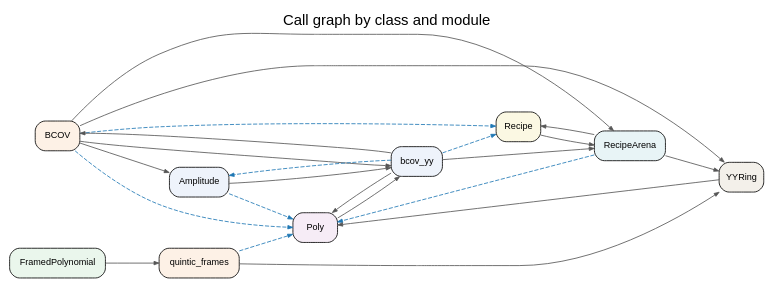
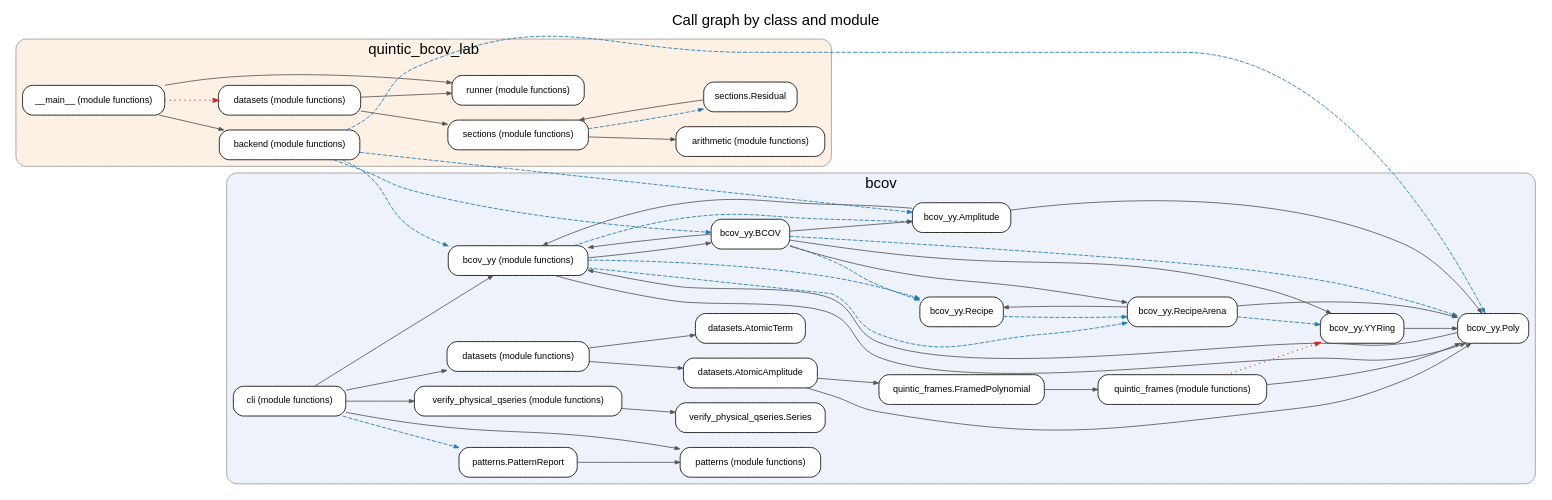
Before and after one commit to shaileshlal/bcovSymbolic: the diagram in docs/callgraph/overview.dot, drawn with Graphviz. The commit also changed 18 other files, not shown here.

First line of the commit message:
Add ARCHITECTURE.md with regenerated Graphviz call graphs

```diff
--- a/docs/callgraph/overview.dot
+++ b/docs/callgraph/overview.dot
@@ -1,36 +1,78 @@
 digraph "Call graph by class and module" {
   graph [rankdir=LR, newrank=true, nodesep=0.25, ranksep=0.9, fontname="Helvetica", label="Call graph by class and module", labelloc=t, fontsize=18];
   node [shape=box, style="rounded,filled", fillcolor="#ffffff", fontname="Helvetica", fontsize=11];
   edge [color="#555555", arrowsize=0.6];
-  "group.Amplitude" [label="Amplitude", fillcolor="#eef3fb"];
-  "group.BCOV" [label="BCOV", fillcolor="#fdf1e6"];
-  "group.FramedPolynomial" [label="FramedPolynomial", fillcolor="#eaf6ec"];
-  "group.Poly" [label="Poly", fillcolor="#f6ecf6"];
-  "group.Recipe" [label="Recipe", fillcolor="#fbf8e3"];
-  "group.RecipeArena" [label="RecipeArena", fillcolor="#e8f4f6"];
-  "group.YYRing" [label="YYRing", fillcolor="#f3f0ea"];
-  "group.bcov_yy" [label="bcov_yy", fillcolor="#eef3fb"];
-  "group.quintic_frames" [label="quintic_frames", fillcolor="#fdf1e6"];
-  "group.Amplitude" -> "group.Poly" [style=dashed, color="#1f77b4"];
-  "group.Amplitude" -> "group.bcov_yy" [style=solid];
-  "group.BCOV" -> "group.Amplitude" [style=solid];
-  "group.BCOV" -> "group.Poly" [style=dashed, color="#1f77b4"];
-  "group.BCOV" -> "group.Recipe" [style=dashed, color="#1f77b4"];
-  "group.BCOV" -> "group.RecipeArena" [style=solid];
-  "group.BCOV" -> "group.YYRing" [style=solid];
-  "group.BCOV" -> "group.bcov_yy" [style=solid];
-  "group.FramedPolynomial" -> "group.quintic_frames" [style=solid];
-  "group.Poly" -> "group.bcov_yy" [style=solid];
-  "group.Recipe" -> "group.RecipeArena" [style=solid];
-  "group.RecipeArena" -> "group.Poly" [style=dashed, color="#1f77b4"];
-  "group.RecipeArena" -> "group.Recipe" [style=solid];
-  "group.RecipeArena" -> "group.YYRing" [style=solid];
-  "group.YYRing" -> "group.Poly" [style=solid];
-  "group.bcov_yy" -> "group.Amplitude" [style=dashed, color="#1f77b4"];
-  "group.bcov_yy" -> "group.BCOV" [style=solid];
-  "group.bcov_yy" -> "group.Poly" [style=solid];
-  "group.bcov_yy" -> "group.Recipe" [style=dashed, color="#1f77b4"];
-  "group.bcov_yy" -> "group.RecipeArena" [style=solid];
-  "group.quintic_frames" -> "group.Poly" [style=dashed, color="#1f77b4"];
-  "group.quintic_frames" -> "group.YYRing" [style=solid];
+  subgraph cluster_0 { label="bcov"; style="rounded,filled"; fillcolor="#eef3fb"; color="#999999";
+    "bcov.bcov_yy" [label="bcov_yy (module functions)"];
+    "bcov.bcov_yy.Amplitude" [label="bcov_yy.Amplitude"];
+    "bcov.bcov_yy.BCOV" [label="bcov_yy.BCOV"];
+    "bcov.bcov_yy.Poly" [label="bcov_yy.Poly"];
+    "bcov.bcov_yy.Recipe" [label="bcov_yy.Recipe"];
+    "bcov.bcov_yy.RecipeArena" [label="bcov_yy.RecipeArena"];
+    "bcov.bcov_yy.YYRing" [label="bcov_yy.YYRing"];
+    "bcov.cli" [label="cli (module functions)"];
+    "bcov.datasets" [label="datasets (module functions)"];
+    "bcov.datasets.AtomicAmplitude" [label="datasets.AtomicAmplitude"];
+    "bcov.datasets.AtomicTerm" [label="datasets.AtomicTerm"];
+    "bcov.patterns" [label="patterns (module functions)"];
+    "bcov.patterns.PatternReport" [label="patterns.PatternReport"];
+    "bcov.quintic_frames" [label="quintic_frames (module functions)"];
+    "bcov.quintic_frames.FramedPolynomial" [label="quintic_frames.FramedPolynomial"];
+    "bcov.verify_physical_qseries" [label="verify_physical_qseries (module functions)"];
+    "bcov.verify_physical_qseries.Series" [label="verify_physical_qseries.Series"];
+  }
+  subgraph cluster_1 { label="quintic_bcov_lab"; style="rounded,filled"; fillcolor="#fdf1e6"; color="#999999";
+    "quintic_bcov_lab.__main__" [label="__main__ (module functions)"];
+    "quintic_bcov_lab.arithmetic" [label="arithmetic (module functions)"];
+    "quintic_bcov_lab.backend" [label="backend (module functions)"];
+    "quintic_bcov_lab.datasets" [label="datasets (module functions)"];
+    "quintic_bcov_lab.runner" [label="runner (module functions)"];
+    "quintic_bcov_lab.sections" [label="sections (module functions)"];
+    "quintic_bcov_lab.sections.Residual" [label="sections.Residual"];
+  }
+  "bcov.bcov_yy" -> "bcov.bcov_yy.Amplitude" [style=dashed, color="#1f77b4"];
+  "bcov.bcov_yy" -> "bcov.bcov_yy.BCOV" [style=solid];
+  "bcov.bcov_yy" -> "bcov.bcov_yy.Poly" [style=solid];
+  "bcov.bcov_yy" -> "bcov.bcov_yy.Recipe" [style=dashed, color="#1f77b4"];
+  "bcov.bcov_yy" -> "bcov.bcov_yy.RecipeArena" [style=dashed, color="#1f77b4"];
+  "bcov.bcov_yy.Amplitude" -> "bcov.bcov_yy" [style=solid];
+  "bcov.bcov_yy.Amplitude" -> "bcov.bcov_yy.Poly" [style=solid];
+  "bcov.bcov_yy.BCOV" -> "bcov.bcov_yy" [style=solid];
+  "bcov.bcov_yy.BCOV" -> "bcov.bcov_yy.Amplitude" [style=solid];
+  "bcov.bcov_yy.BCOV" -> "bcov.bcov_yy.Poly" [style=dashed, color="#1f77b4"];
+  "bcov.bcov_yy.BCOV" -> "bcov.bcov_yy.Recipe" [style=dashed, color="#1f77b4"];
+  "bcov.bcov_yy.BCOV" -> "bcov.bcov_yy.RecipeArena" [style=solid];
+  "bcov.bcov_yy.BCOV" -> "bcov.bcov_yy.YYRing" [style=solid];
+  "bcov.bcov_yy.Poly" -> "bcov.bcov_yy" [style=solid];
+  "bcov.bcov_yy.Recipe" -> "bcov.bcov_yy.RecipeArena" [style=dashed, color="#1f77b4"];
+  "bcov.bcov_yy.RecipeArena" -> "bcov.bcov_yy.Poly" [style=solid];
+  "bcov.bcov_yy.RecipeArena" -> "bcov.bcov_yy.Recipe" [style=solid];
+  "bcov.bcov_yy.RecipeArena" -> "bcov.bcov_yy.YYRing" [style=dashed, color="#1f77b4"];
+  "bcov.bcov_yy.YYRing" -> "bcov.bcov_yy.Poly" [style=solid];
+  "bcov.cli" -> "bcov.bcov_yy" [style=solid];
+  "bcov.cli" -> "bcov.datasets" [style=solid];
+  "bcov.cli" -> "bcov.patterns" [style=solid];
+  "bcov.cli" -> "bcov.patterns.PatternReport" [style=dashed, color="#1f77b4"];
+  "bcov.cli" -> "bcov.verify_physical_qseries" [style=solid];
+  "bcov.datasets" -> "bcov.datasets.AtomicAmplitude" [style=solid];
+  "bcov.datasets" -> "bcov.datasets.AtomicTerm" [style=solid];
+  "bcov.datasets.AtomicAmplitude" -> "bcov.bcov_yy.Poly" [style=solid];
+  "bcov.datasets.AtomicAmplitude" -> "bcov.quintic_frames.FramedPolynomial" [style=solid];
+  "bcov.patterns.PatternReport" -> "bcov.patterns" [style=solid];
+  "bcov.quintic_frames" -> "bcov.bcov_yy.Poly" [style=solid];
+  "bcov.quintic_frames" -> "bcov.bcov_yy.YYRing" [style=dotted, color="#d62728", penwidth=1.6];
+  "bcov.quintic_frames.FramedPolynomial" -> "bcov.quintic_frames" [style=solid];
+  "bcov.verify_physical_qseries" -> "bcov.verify_physical_qseries.Series" [style=solid];
+  "quintic_bcov_lab.__main__" -> "quintic_bcov_lab.backend" [style=solid];
+  "quintic_bcov_lab.__main__" -> "quintic_bcov_lab.datasets" [style=dotted, color="#d62728", penwidth=1.6];
+  "quintic_bcov_lab.__main__" -> "quintic_bcov_lab.runner" [style=solid];
+  "quintic_bcov_lab.backend" -> "bcov.bcov_yy" [style=dashed, color="#1f77b4"];
+  "quintic_bcov_lab.backend" -> "bcov.bcov_yy.Amplitude" [style=dashed, color="#1f77b4"];
+  "quintic_bcov_lab.backend" -> "bcov.bcov_yy.BCOV" [style=dashed, color="#1f77b4"];
+  "quintic_bcov_lab.backend" -> "bcov.bcov_yy.Poly" [style=dashed, color="#1f77b4"];
+  "quintic_bcov_lab.datasets" -> "quintic_bcov_lab.runner" [style=solid];
+  "quintic_bcov_lab.datasets" -> "quintic_bcov_lab.sections" [style=solid];
+  "quintic_bcov_lab.sections" -> "quintic_bcov_lab.arithmetic" [style=solid];
+  "quintic_bcov_lab.sections" -> "quintic_bcov_lab.sections.Residual" [style=dashed, color="#1f77b4"];
+  "quintic_bcov_lab.sections.Residual" -> "quintic_bcov_lab.sections" [style=solid];
 }
```
